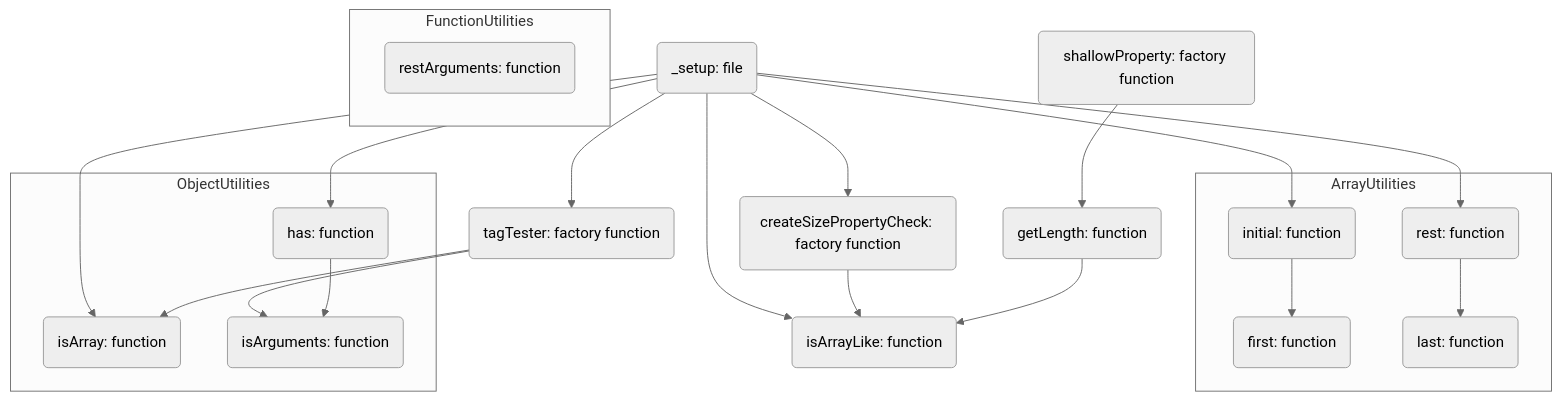
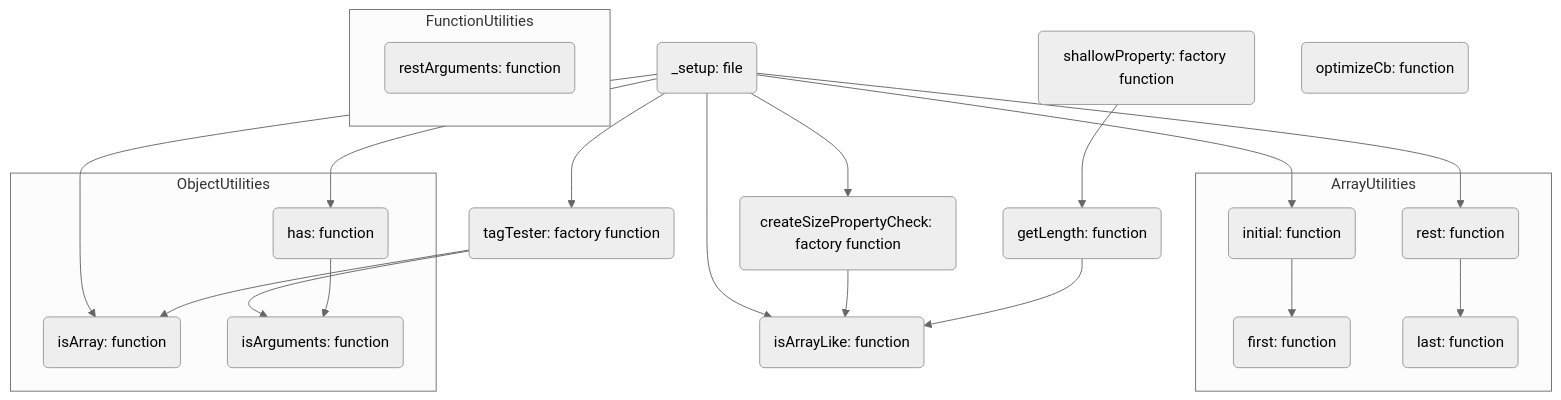
The diagram in doc/dependencies.mmd (AshGreyG/To-Realize-Underscore), drawn with Mermaid (neutral theme) before and after one commit. The commit also changed 1 other file, not shown here.

Commit message:
:sparkles: add `optimizeCb` function, this function optimizes the frequently used callback function to get better performance

```diff
--- a/doc/dependencies.mmd
+++ b/doc/dependencies.mmd
@@ -1,78 +1,80 @@
 flowchart TD
   %% Define nodes and their names
 
   %%% `_xxx` files
+
   _setup(_setup: file)
   _shallowProperty(shallowProperty: factory function)
   _getLength(getLength: function)
   _createSizePropertyCheck(createSizePropertyCheck: factory function)
   _isArrayLike(isArrayLike: function)
   _tagTester(tagTester: factory function)
+  _optimizeCb(optimizeCb: function)
 
   %%% Array functions
 
   subgraph ArrayUtilities
     initial(initial: function)
     first(first: function)
     rest(rest: function)
     last(last: function)
   end
 
   %%% Object functions
 
   subgraph ObjectUtilities
     isArray(isArray: function)
     isArguments(isArguments: function)
     has(has: function)
   end
 
   subgraph FunctionUtilities
     restArguments(restArguments: function)
   end
 
+  %% Edge settings
+
+  _setup --> initial
+  _setup --> rest
+  _setup --> _isArrayLike
+  _setup --> _tagTester
+  _setup --> isArray
+  _setup --> has
+  _setup --> _createSizePropertyCheck
+
+  _tagTester --> isArray
+  _tagTester --> isArguments
+  _shallowProperty --> _getLength
+  _createSizePropertyCheck --> _isArrayLike
+  _getLength --> _isArrayLike
+  initial --> first
+  rest --> last 
+  has --> isArguments
+
   %% Hyperlink settings
 
   %%% `_xxx` files
-
+ 
   click _setup "https://github.com/AshGreyG/To-Realize-Underscore/blob/main/modules/_setup.js"
   click _shallowProperty "https://github.com/AshGreyG/To-Realize-Underscore/blob/main/modules/_shallowProperty.js"
   click _getLength "https://github.com/AshGreyG/To-Realize-Underscore/blob/main/modules/_getLength.js"
-  click _createSizePropertyCheck "https://github.com/AshGreyG/To-Realize-Underscore/blob/main/modules/_createSizePropertyCheck .js"
+  click _createSizePropertyCheck "https://github.com/AshGreyG/To-Realize-Underscore/blob/main/modules/_createSizePropertyCheck.js"
   click _isArrayLike "https://github.com/AshGreyG/To-Realize-Underscore/blob/main/modules/_isArrayLike.js"
   click _tagTester "https://github.com/AshGreyG/To-Realize-Underscore/blob/main/modules/_tagTester.js"
 
   %%% Array functions
 
   click initial "https://github.com/AshGreyG/To-Realize-Underscore/blob/main/modules/initial.js"
   click first "https://github.com/AshGreyG/To-Realize-Underscore/blob/main/modules/first.js"
   click rest "https://github.com/AshGreyG/To-Realize-Underscore/blob/main/modules/rest.js"
   click last "https://github.com/AshGreyG/To-Realize-Underscore/blob/main/modules/last.js"
 
   %%% Object functions
 
   click isArray "https://github.com/AshGreyG/To-Realize-Underscore/blob/main/modules/isArray.js"
   click isArguments "https://github.com/AshGreyG/To-Realize-Underscore/blob/main/modules/isArguments.js"
   click has "https://github.com/AshGreyG/To-Realize-Underscore/blob/main/modules/_has.js"
 
   %%% Function functions 😄
 
   click restArguments "https://github.com/AshGreyG/To-Realize-Underscore/blob/main/modules/restArguments.js"
-
-  %% Edge settings
-
-  _setup --> initial
-  _setup --> rest
-  _setup --> _isArrayLike
-  _setup --> _tagTester
-  _setup --> isArray
-  _setup --> has
-  _setup --> _createSizePropertyCheck
-
-  _tagTester --> isArray
-  _tagTester --> isArguments
-  _shallowProperty --> _getLength
-  _createSizePropertyCheck --> _isArrayLike
-  _getLength --> _isArrayLike
-  initial --> first
-  rest --> last
-  has --> isArguments
```
